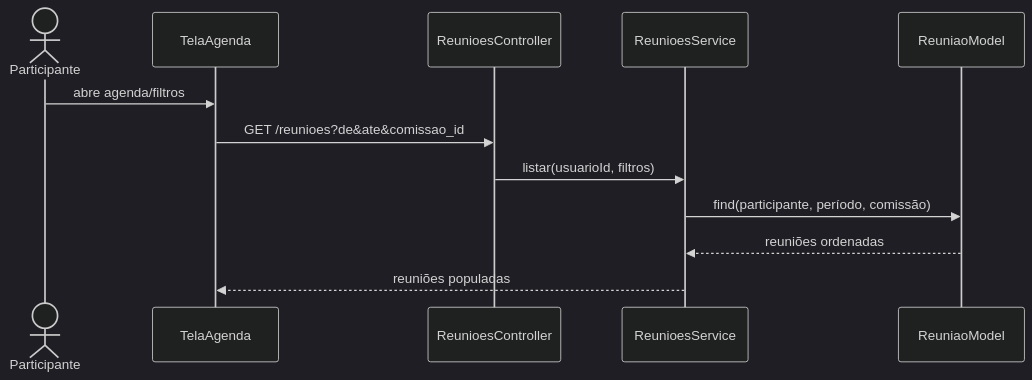
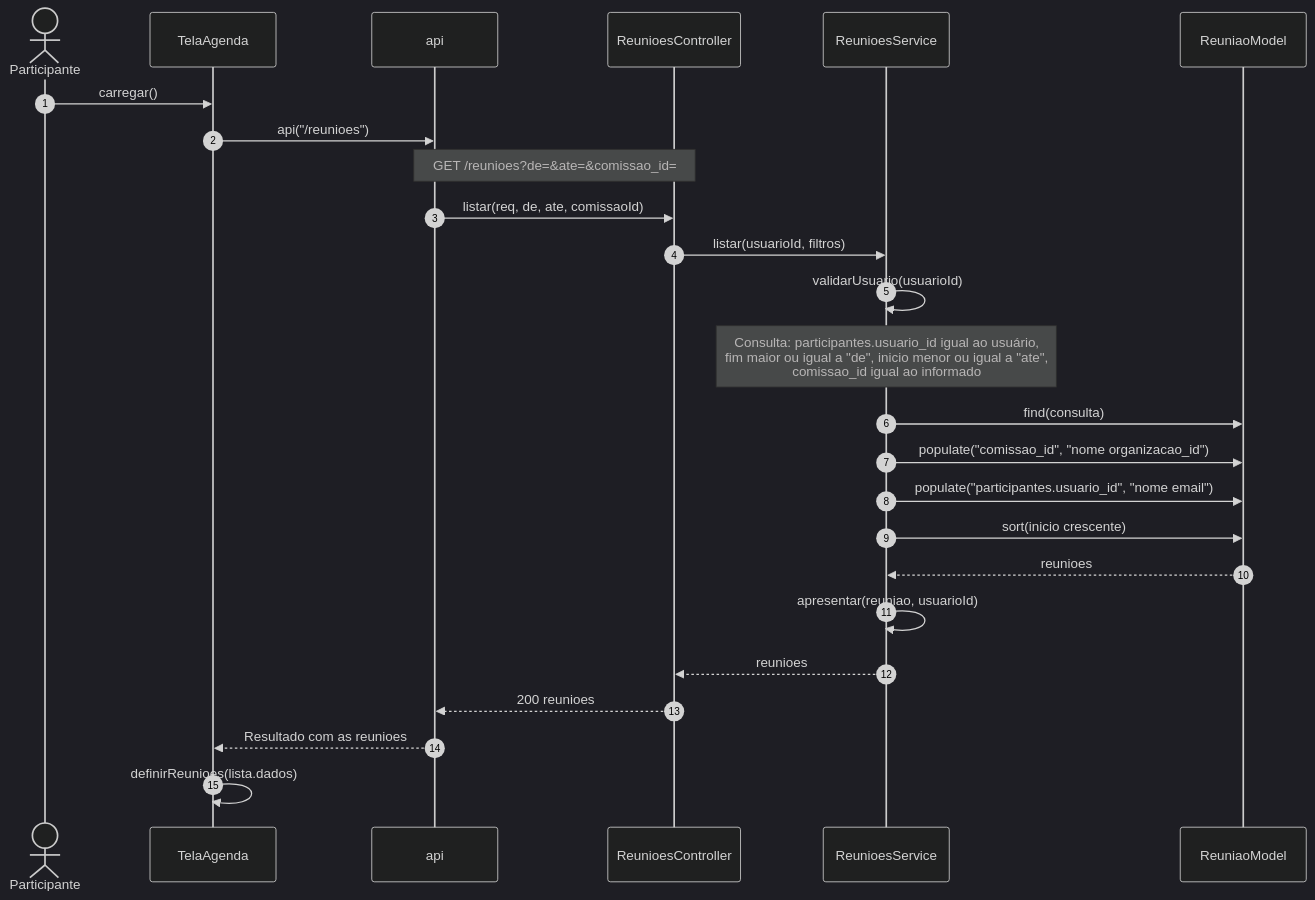
Before and after one commit to Conecta-IFSP/DOCUMENTATION: the second of 13 diagrams in 3 - Incremento2/reunioes/6 - diagramas-sequencia-reunioes.md, drawn with Mermaid (dark theme). The commit also changed other lines of this file and 26 other files, not shown here.

````diff
--- a/3 - Incremento2/reunioes/6 - diagramas-sequencia-reunioes.md
+++ b/3 - Incremento2/reunioes/6 - diagramas-sequencia-reunioes.md
@@ -28,14 +51,27 @@
 ```mermaid
 sequenceDiagram
+    autonumber
     actor U as Participante
     participant T as TelaAgenda
+    participant A as api
     participant C as ReunioesController
     participant S as ReunioesService
     participant M as ReuniaoModel
-    U->>T: abre agenda/filtros
-    T->>C: GET /reunioes?de&ate&comissao_id
+    U->>T: carregar()
+    T->>A: api("/reunioes")
+    Note over A,C: GET /reunioes?de=&ate=&comissao_id=
+    A->>C: listar(req, de, ate, comissaoId)
     C->>S: listar(usuarioId, filtros)
-    S->>M: find(participante, período, comissão)
-    M-->>S: reuniões ordenadas
-    S-->>T: reuniões populadas
+    S->>S: validarUsuario(usuarioId)
+    Note over S: Consulta: participantes.usuario_id igual ao usuário,<br/>fim maior ou igual a "de", inicio menor ou igual a "ate",<br/>comissao_id igual ao informado
+    S->>M: find(consulta)
+    S->>M: populate("comissao_id", "nome organizacao_id")
+    S->>M: populate("participantes.usuario_id", "nome email")
+    S->>M: sort(inicio crescente)
+    M-->>S: reunioes
+    S->>S: apresentar(reuniao, usuarioId)
+    S-->>C: reunioes
+    C-->>A: 200 reunioes
+    A-->>T: Resultado com as reunioes
+    T->>T: definirReunioes(lista.dados)
 ```
````
